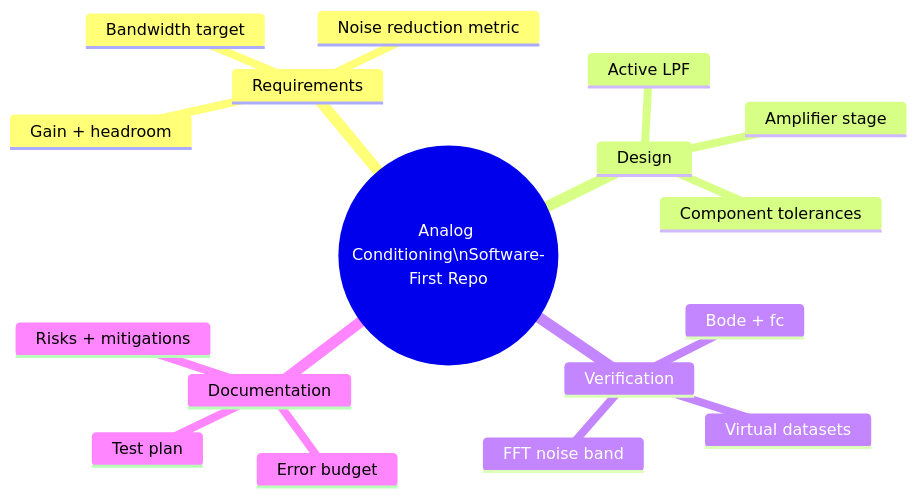
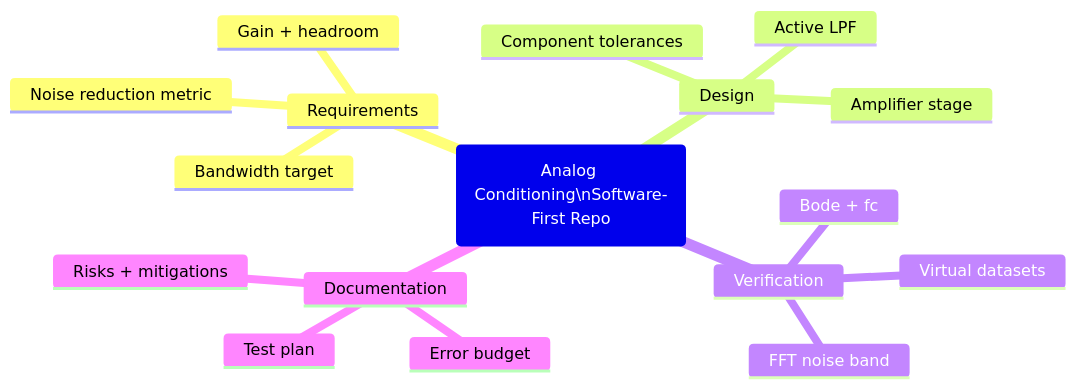
Before and after one commit to Kunal88591/Analog-Signal-Conditioning-Measurement-System: the second of 2 diagrams in README.md, drawn with Mermaid. The commit also changed other lines of this file, not shown here.

````diff
--- a/README.md
+++ b/README.md
@@ -74,20 +82,20 @@
 ```mermaid
 mindmap
-	root((Analog Conditioning\nSoftware-First Repo))
+	root(Analog Conditioning\nSoftware-First Repo)
 		Requirements
 			Bandwidth target
 			Gain + headroom
 			Noise reduction metric
 		Design
 			Amplifier stage
 			Active LPF
 			Component tolerances
 		Verification
 			Virtual datasets
 			Bode + fc
 			FFT noise band
 		Documentation
 			Error budget
 			Test plan
 			Risks + mitigations
 ```
````
